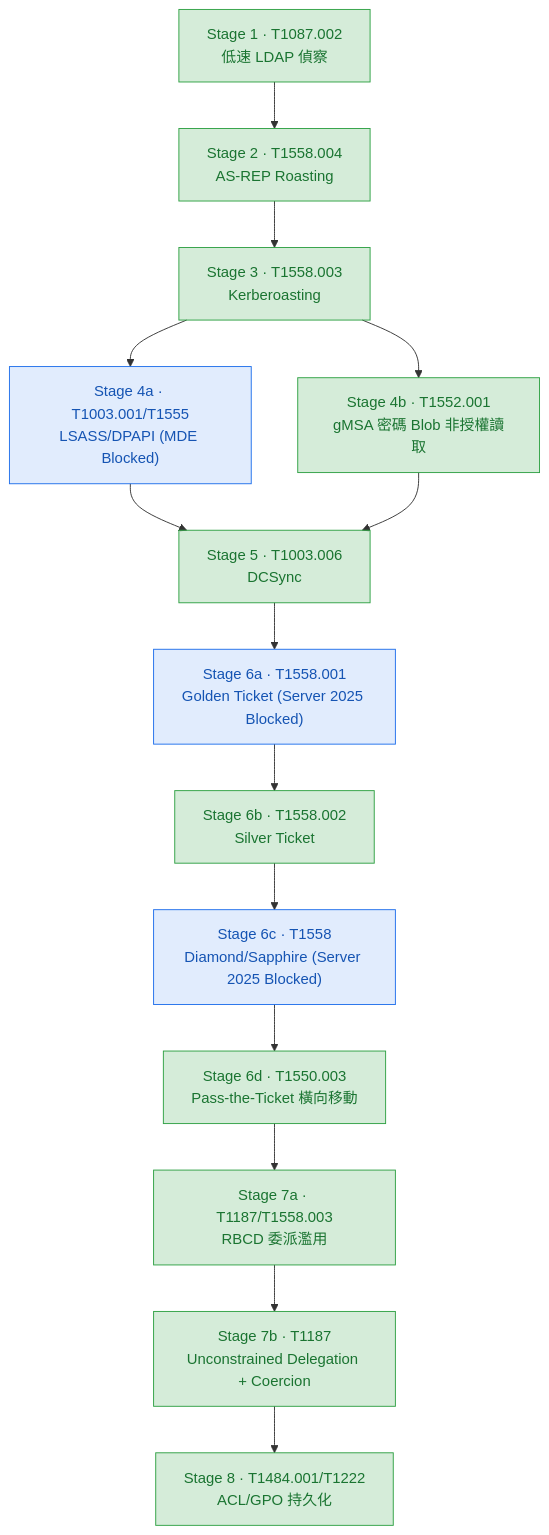
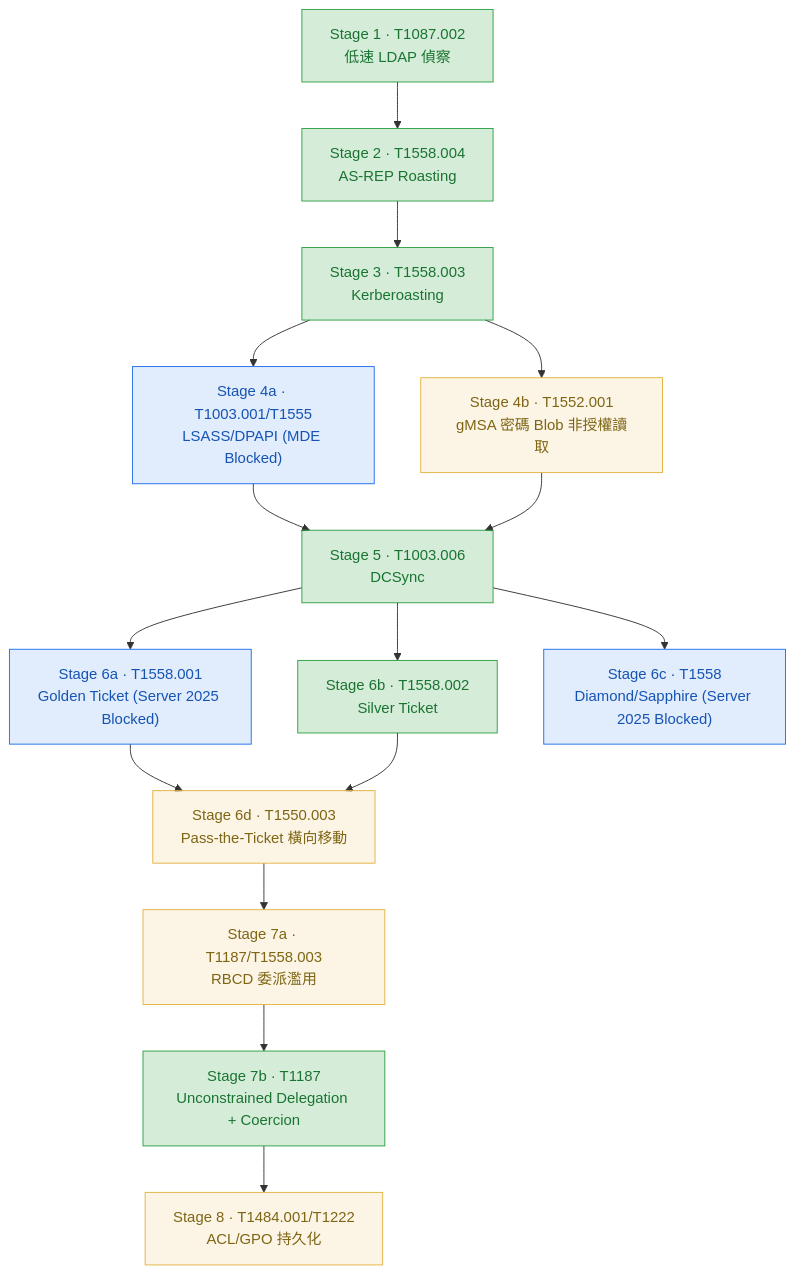
The diagram in attack-chains/chain-03-chain-03-kerberos-lotl/flow.md (dabbychiu/Purple-Team-Detection-Lab), drawn with Mermaid before and after one commit. The commit also changed other lines of this file, not shown here.

````diff
--- a/attack-chains/chain-03-chain-03-kerberos-lotl/flow.md
+++ b/attack-chains/chain-03-chain-03-kerberos-lotl/flow.md
@@ -15,27 +15,32 @@
 ```mermaid
 flowchart TD
     S1["Stage 1 · T1087.002<br/>低速 LDAP 偵察"]:::verified
     S2["Stage 2 · T1558.004<br/>AS-REP Roasting"]:::verified
     S3["Stage 3 · T1558.003<br/>Kerberoasting"]:::verified
     S4a["Stage 4a · T1003.001/T1555<br/>LSASS/DPAPI (MDE Blocked)"]:::blocked
-    S4b["Stage 4b · T1552.001<br/>gMSA 密碼 Blob 非授權讀取"]:::verified
+    S4b["Stage 4b · T1552.001<br/>gMSA 密碼 Blob 非授權讀取"]:::partial
     S5["Stage 5 · T1003.006<br/>DCSync"]:::verified
     S6a["Stage 6a · T1558.001<br/>Golden Ticket (Server 2025 Blocked)"]:::blocked
     S6b["Stage 6b · T1558.002<br/>Silver Ticket"]:::verified
     S6c["Stage 6c · T1558<br/>Diamond/Sapphire (Server 2025 Blocked)"]:::blocked
-    S6d["Stage 6d · T1550.003<br/>Pass-the-Ticket 橫向移動"]:::verified
-    S7a["Stage 7a · T1187/T1558.003<br/>RBCD 委派濫用"]:::verified
+    S6d["Stage 6d · T1550.003<br/>Pass-the-Ticket 橫向移動"]:::partial
+    S7a["Stage 7a · T1187/T1558.003<br/>RBCD 委派濫用"]:::partial
     S7b["Stage 7b · T1187<br/>Unconstrained Delegation + Coercion"]:::verified
-    S8["Stage 8 · T1484.001/T1222<br/>ACL/GPO 持久化"]:::verified
+    S8["Stage 8 · T1484.001/T1222<br/>ACL/GPO 持久化"]:::partial
 
     S1 --> S2 --> S3 --> S4a
     S3 --> S4b
     S4a --> S5
     S4b --> S5
-    S5 --> S6a --> S6b --> S6c --> S6d
+    S5 --> S6a
+    S5 --> S6b
+    S5 --> S6c
+    S6a --> S6d
+    S6b --> S6d
     S6d --> S7a --> S7b --> S8
 
     classDef verified fill:#2ea04333,stroke:#2ea043,color:#1a7431
+    classDef partial fill:#e3b34122,stroke:#e3b341,color:#7d6514
     classDef conceptual fill:#8b8b8b22,stroke:#8b8b8b,stroke-dasharray:4 3,color:#5a5a5a
     classDef blocked fill:#1f6feb22,stroke:#1f6feb,color:#1554b3
 ```
````
